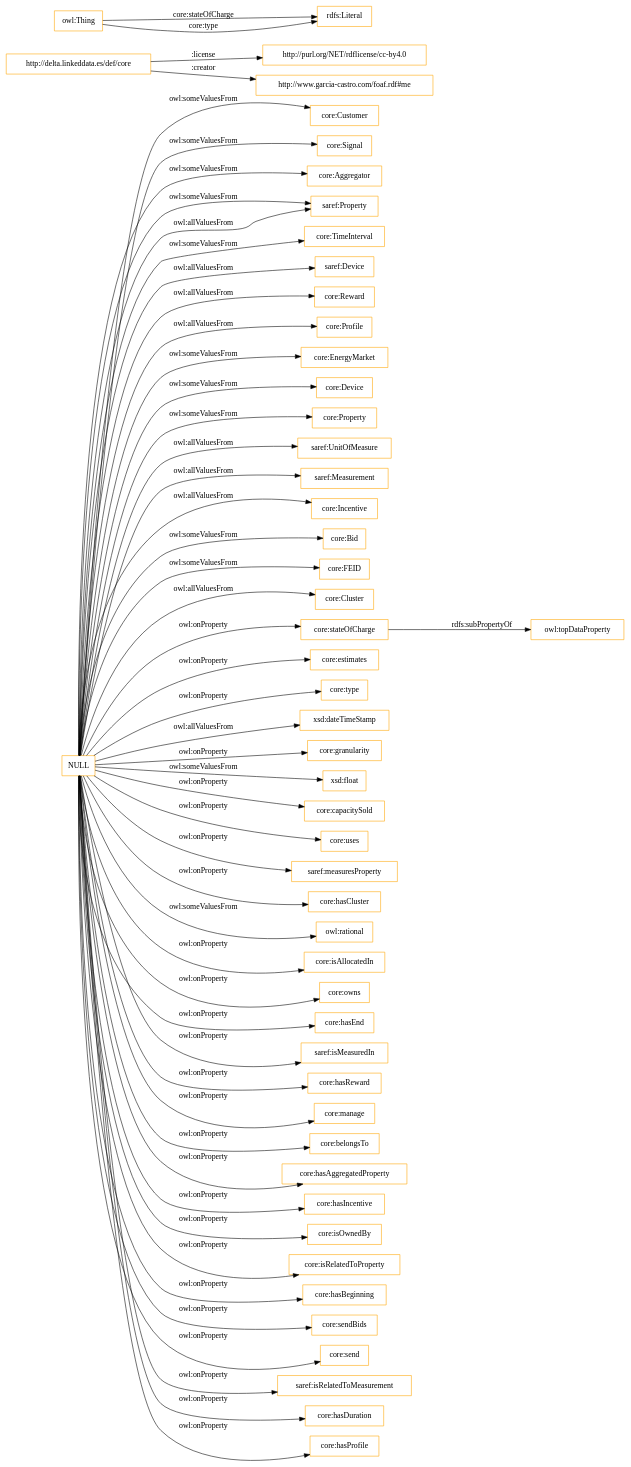
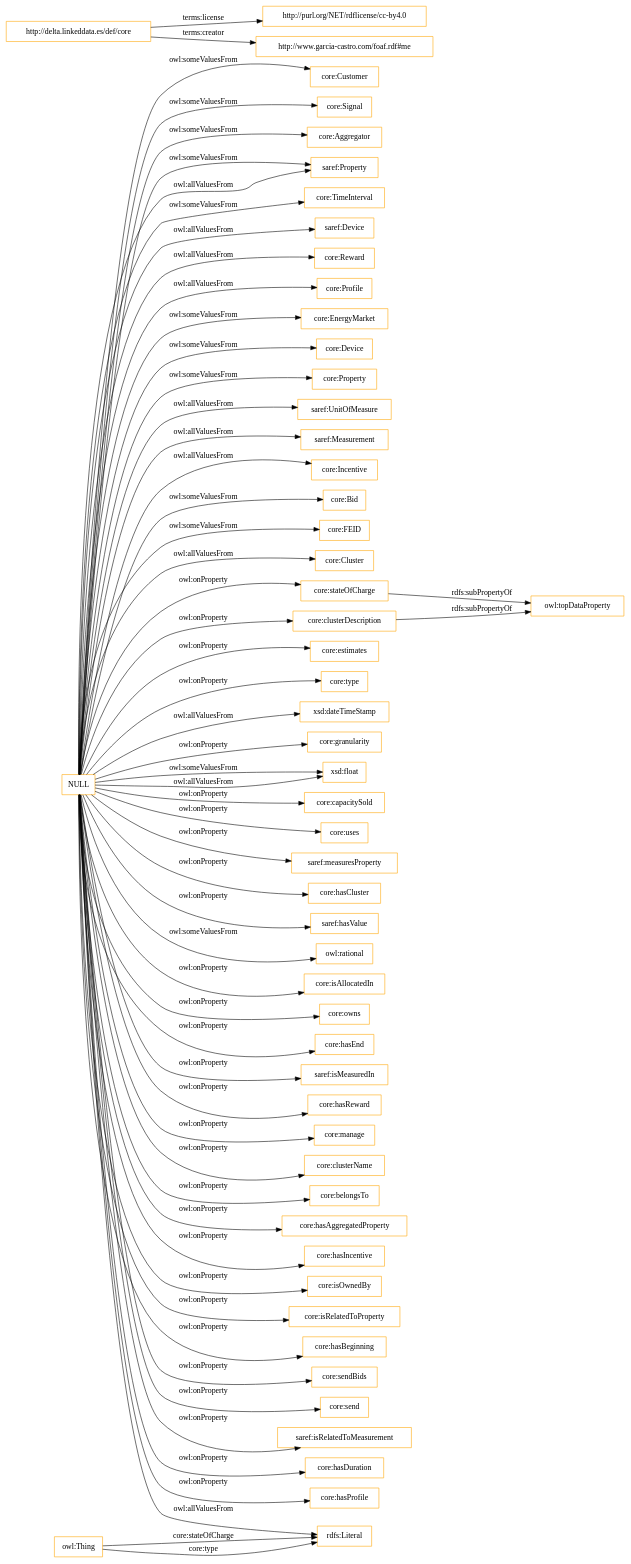
Before and after one commit to oeg-upm/delta-ontology: the diagram in OnToology/ontology/delta.ttl/diagrams/ar2dtool-class/delta.ttl.png.dot, drawn with Graphviz. The commit also changed 12 other files, not shown here.

```diff
--- a/OnToology/ontology/delta.ttl/diagrams/ar2dtool-class/delta.ttl.png.dot
+++ b/OnToology/ontology/delta.ttl/diagrams/ar2dtool-class/delta.ttl.png.dot
@@ -1,57 +1,63 @@
 digraph ar2dtool_diagram { 
 rankdir=LR;
 size="1501"
 node [shape = rectangle, color="orange"]; "core:Customer" "core:Signal" "core:Aggregator" "saref:Property" "core:TimeInterval" "saref:Device" "core:Reward" "core:Profile" "core:EnergyMarket" "core:Device" "core:Property" "saref:UnitOfMeasure" "saref:Measurement" "core:Incentive" "core:Bid" "core:FEID" "core:Cluster" ; /*classes style*/
-	"http://delta.linkeddata.es/def/core" -> "http://purl.org/NET/rdflicense/cc-by4.0" [ label = ":license" ];
-	"http://delta.linkeddata.es/def/core" -> "http://www.garcia-castro.com/foaf.rdf#me" [ label = ":creator" ];
+	"http://delta.linkeddata.es/def/core" -> "http://purl.org/NET/rdflicense/cc-by4.0" [ label = "terms:license" ];
+	"http://delta.linkeddata.es/def/core" -> "http://www.garcia-castro.com/foaf.rdf#me" [ label = "terms:creator" ];
 	"core:stateOfCharge" -> "owl:topDataProperty" [ label = "rdfs:subPropertyOf" ];
+	"core:clusterDescription" -> "owl:topDataProperty" [ label = "rdfs:subPropertyOf" ];
 	"NULL" -> "core:estimates" [ label = "owl:onProperty" ];
 	"NULL" -> "core:type" [ label = "owl:onProperty" ];
 	"NULL" -> "xsd:dateTimeStamp" [ label = "owl:allValuesFrom" ];
 	"NULL" -> "core:granularity" [ label = "owl:onProperty" ];
 	"NULL" -> "saref:UnitOfMeasure" [ label = "owl:allValuesFrom" ];
 	"NULL" -> "core:Property" [ label = "owl:someValuesFrom" ];
 	"NULL" -> "saref:Measurement" [ label = "owl:allValuesFrom" ];
 	"NULL" -> "core:Profile" [ label = "owl:allValuesFrom" ];
 	"NULL" -> "core:Reward" [ label = "owl:allValuesFrom" ];
 	"NULL" -> "xsd:float" [ label = "owl:someValuesFrom" ];
 	"NULL" -> "core:capacitySold" [ label = "owl:onProperty" ];
 	"NULL" -> "core:Signal" [ label = "owl:someValuesFrom" ];
 	"NULL" -> "core:uses" [ label = "owl:onProperty" ];
 	"NULL" -> "saref:measuresProperty" [ label = "owl:onProperty" ];
 	"NULL" -> "saref:Device" [ label = "owl:allValuesFrom" ];
 	"NULL" -> "core:hasCluster" [ label = "owl:onProperty" ];
+	"NULL" -> "saref:hasValue" [ label = "owl:onProperty" ];
 	"NULL" -> "owl:rational" [ label = "owl:someValuesFrom" ];
 	"NULL" -> "core:isAllocatedIn" [ label = "owl:onProperty" ];
 	"NULL" -> "core:owns" [ label = "owl:onProperty" ];
 	"NULL" -> "core:hasEnd" [ label = "owl:onProperty" ];
 	"NULL" -> "saref:isMeasuredIn" [ label = "owl:onProperty" ];
 	"NULL" -> "core:TimeInterval" [ label = "owl:someValuesFrom" ];
 	"NULL" -> "core:hasReward" [ label = "owl:onProperty" ];
 	"NULL" -> "core:manage" [ label = "owl:onProperty" ];
+	"NULL" -> "core:clusterName" [ label = "owl:onProperty" ];
+	"NULL" -> "core:Aggregator" [ label = "owl:someValuesFrom" ];
 	"NULL" -> "saref:Property" [ label = "owl:someValuesFrom" ];
-	"NULL" -> "core:Aggregator" [ label = "owl:someValuesFrom" ];
 	"NULL" -> "core:Incentive" [ label = "owl:allValuesFrom" ];
 	"NULL" -> "core:belongsTo" [ label = "owl:onProperty" ];
 	"NULL" -> "core:hasAggregatedProperty" [ label = "owl:onProperty" ];
 	"NULL" -> "core:EnergyMarket" [ label = "owl:someValuesFrom" ];
 	"NULL" -> "core:FEID" [ label = "owl:someValuesFrom" ];
 	"NULL" -> "core:hasIncentive" [ label = "owl:onProperty" ];
 	"NULL" -> "core:stateOfCharge" [ label = "owl:onProperty" ];
 	"NULL" -> "core:Customer" [ label = "owl:someValuesFrom" ];
 	"NULL" -> "core:isOwnedBy" [ label = "owl:onProperty" ];
+	"NULL" -> "core:clusterDescription" [ label = "owl:onProperty" ];
 	"NULL" -> "core:isRelatedToProperty" [ label = "owl:onProperty" ];
 	"NULL" -> "core:hasBeginning" [ label = "owl:onProperty" ];
+	"NULL" -> "xsd:float" [ label = "owl:allValuesFrom" ];
 	"NULL" -> "core:Cluster" [ label = "owl:allValuesFrom" ];
 	"NULL" -> "core:sendBids" [ label = "owl:onProperty" ];
 	"NULL" -> "saref:Property" [ label = "owl:allValuesFrom" ];
 	"NULL" -> "core:send" [ label = "owl:onProperty" ];
 	"NULL" -> "core:Device" [ label = "owl:someValuesFrom" ];
+	"NULL" -> "rdfs:Literal" [ label = "owl:allValuesFrom" ];
 	"NULL" -> "saref:isRelatedToMeasurement" [ label = "owl:onProperty" ];
 	"NULL" -> "core:hasDuration" [ label = "owl:onProperty" ];
 	"NULL" -> "core:Bid" [ label = "owl:someValuesFrom" ];
 	"NULL" -> "core:hasProfile" [ label = "owl:onProperty" ];
 	"owl:Thing" -> "rdfs:Literal" [ label = "core:stateOfCharge" ];
 	"owl:Thing" -> "rdfs:Literal" [ label = "core:type" ];
 
 }
```
